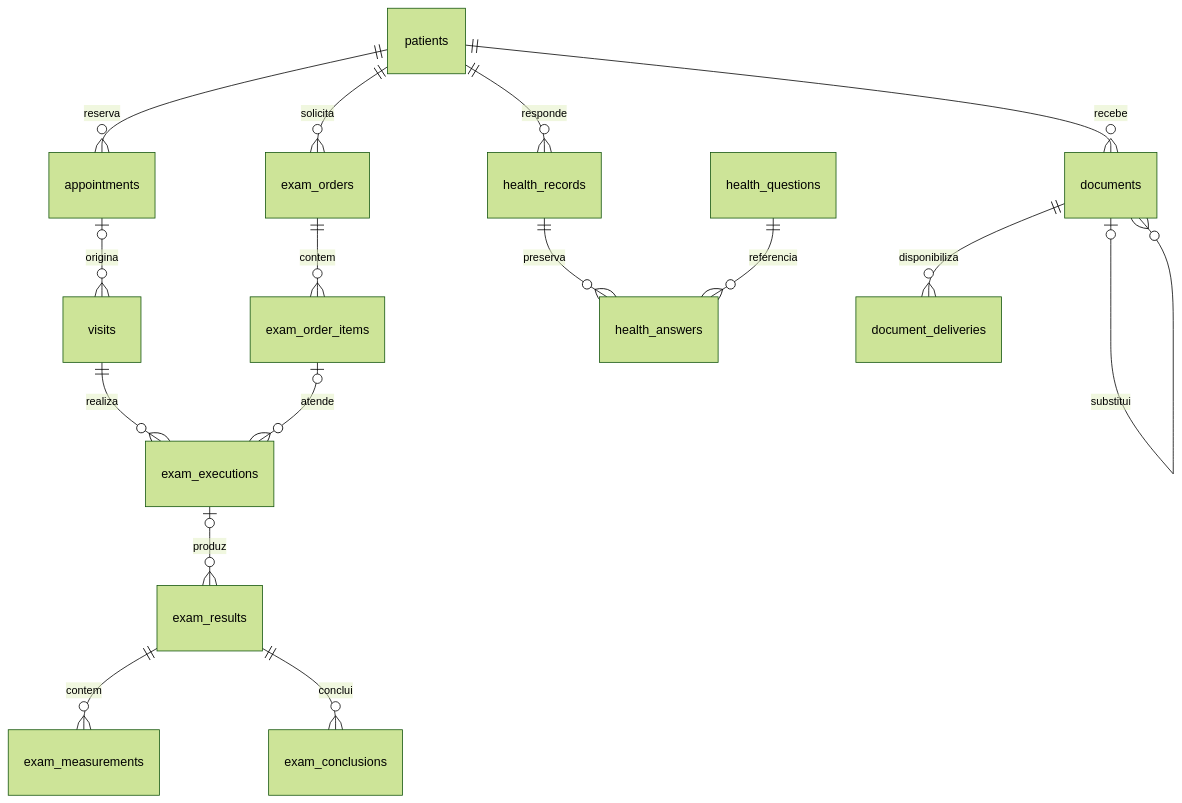
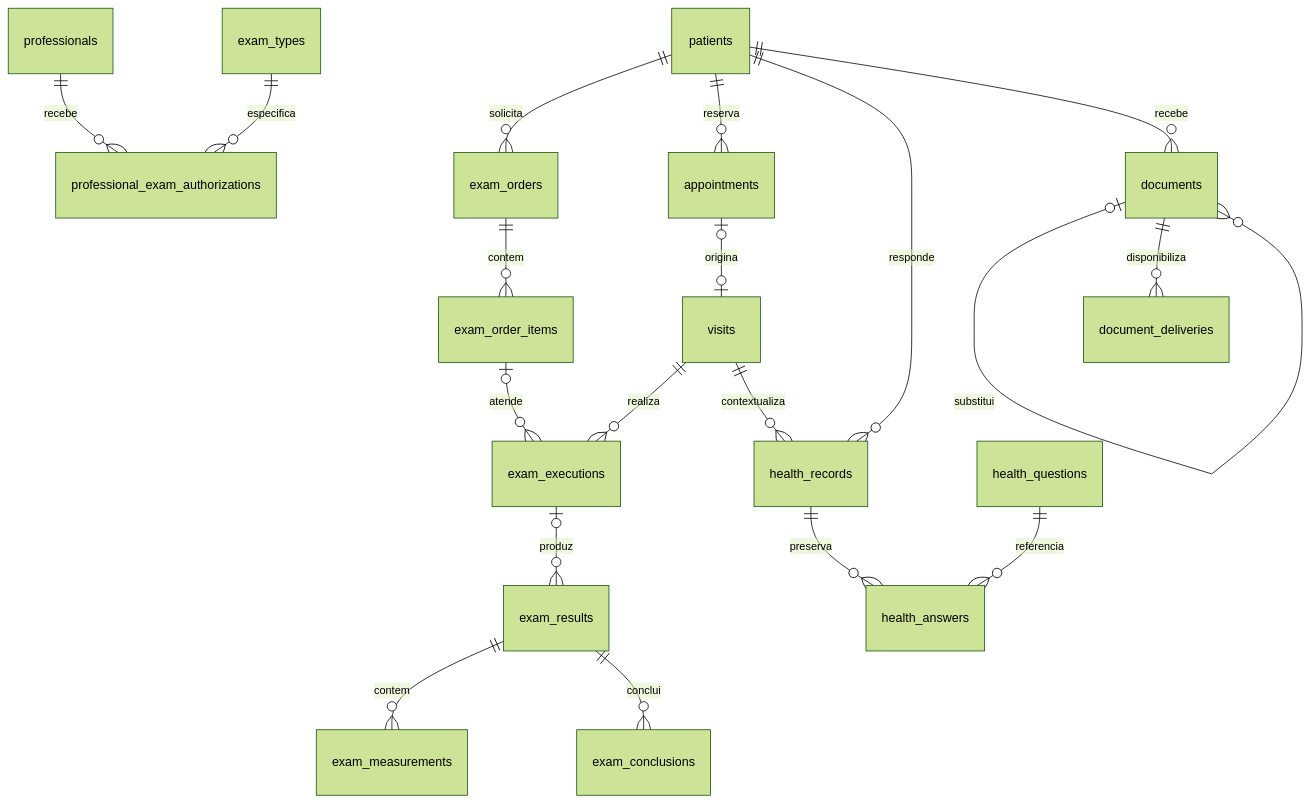
Before and after one commit to andreandradecarvalho/novo-sistema-clinica: the second of 3 diagrams in docs/fluxos/12-novo-schema-unificado.md, drawn with Mermaid (forest theme). The commit also changed other lines of this file and 158 other files, not shown here.

````diff
--- a/docs/fluxos/12-novo-schema-unificado.md
+++ b/docs/fluxos/12-novo-schema-unificado.md
@@ -34,18 +34,21 @@
 ```mermaid
 erDiagram
+  professionals ||--o{ professional_exam_authorizations : recebe
+  exam_types ||--o{ professional_exam_authorizations : especifica
   patients ||--o{ exam_orders : solicita
   exam_orders ||--o{ exam_order_items : contem
   patients ||--o{ appointments : reserva
-  appointments o|--o{ visits : origina
+  appointments o|--o| visits : origina
   visits ||--o{ exam_executions : realiza
   exam_order_items o|--o{ exam_executions : atende
   exam_executions o|--o{ exam_results : produz
   exam_results ||--o{ exam_measurements : contem
   exam_results ||--o{ exam_conclusions : conclui
   patients ||--o{ health_records : responde
+  visits ||--o{ health_records : contextualiza
   health_records ||--o{ health_answers : preserva
   health_questions ||--o{ health_answers : referencia
   patients ||--o{ documents : recebe
   documents o|--o{ documents : substitui
   documents ||--o{ document_deliveries : disponibiliza
 ```
````
